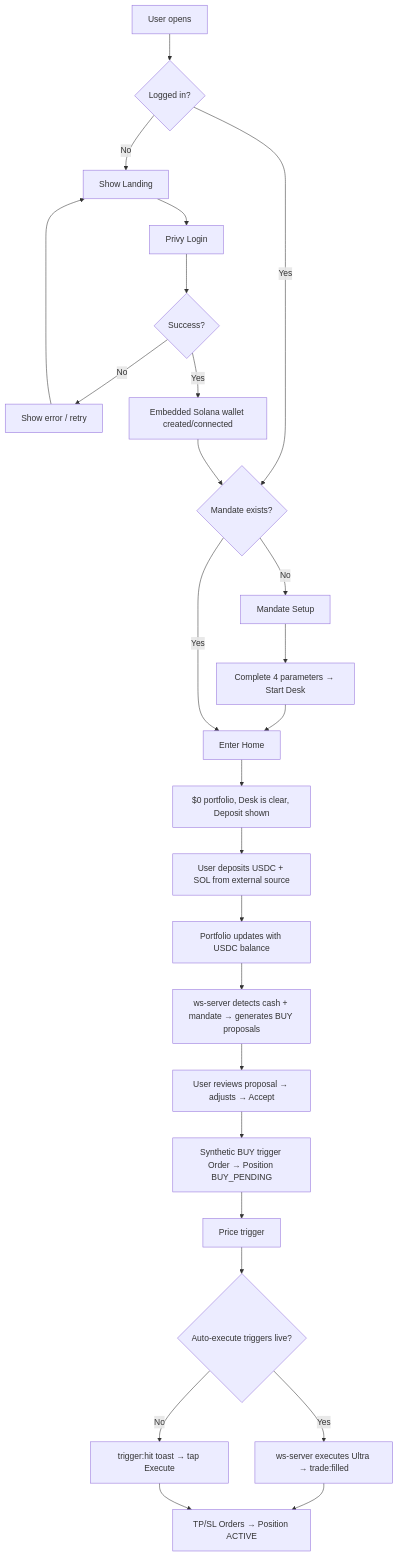
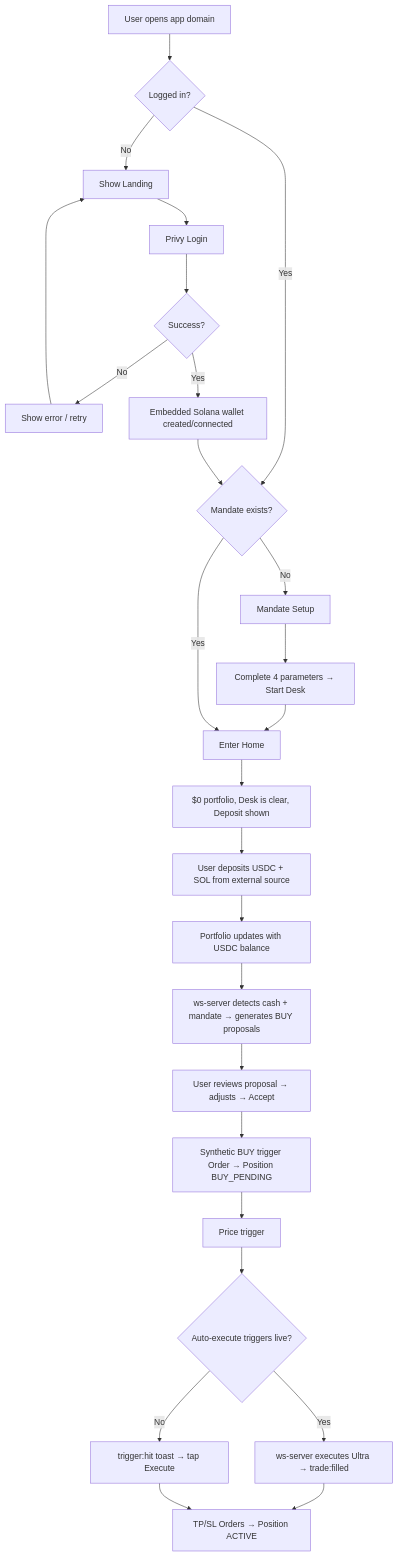
Before and after one commit to Omnis-Labs/tickr-ai: the first of 7 diagrams in docs/screens-and-flows.md, drawn with Mermaid. The commit also changed other lines of this file and 8 other files, not shown here.

````diff
--- a/docs/screens-and-flows.md
+++ b/docs/screens-and-flows.md
@@ -339,28 +339,28 @@
 ```mermaid
 flowchart TD
-    A[User opens <app-domain>] --> B{Logged in?}
+    A[User opens app domain] --> B{Logged in?}
     B -- No --> C[Show Landing]
     C --> D[Privy Login]
     D --> E{Success?}
     E -- No --> E1[Show error / retry]
     E1 --> C
     E -- Yes --> E2[Embedded Solana wallet created/connected]
     B -- Yes --> F{Mandate exists?}
     E2 --> F
     F -- No --> G[Mandate Setup]
     G --> H[Complete 4 parameters → Start Desk]
     H --> I[Enter Home]
     F -- Yes --> I
     I --> J[$0 portfolio, Desk is clear, Deposit shown]
     J --> K[User deposits USDC + SOL from external source]
     K --> L[Portfolio updates with USDC balance]
     L --> M[ws-server detects cash + mandate → generates BUY proposals]
     M --> N[User reviews proposal → adjusts → Accept]
     N --> O[Synthetic BUY trigger Order → Position BUY_PENDING]
     O --> P[Price trigger]
     P --> P1{Auto-execute triggers live?}
     P1 -- Yes --> Q[ws-server executes Ultra → trade:filled]
     P1 -- No --> R[trigger:hit toast → tap Execute]
     Q --> S[TP/SL Orders → Position ACTIVE]
     R --> S
 ```
````
